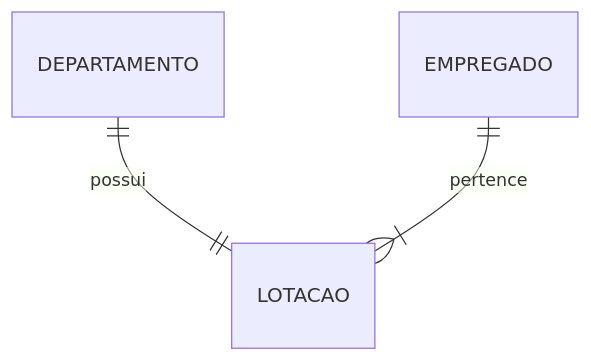
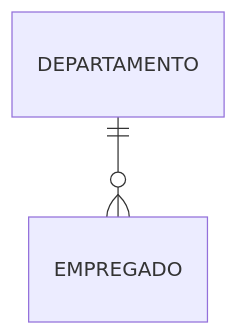
Before and after one commit to brunoruas2/ciencia_computacao: the first of 2 diagrams in docs/02-puc/03-segundo-periodo/06-modelagem-dados.md, drawn with Mermaid. The commit also changed other lines of this file and 3 other files, not shown here.

````diff
--- a/docs/02-puc/03-segundo-periodo/06-modelagem-dados.md
+++ b/docs/02-puc/03-segundo-periodo/06-modelagem-dados.md
@@ -201,7 +207,4 @@
 ```mermaid
 erDiagram
-    DEPARTAMENTO 
-    EMPREGADO 
-    DEPARTAMENTO 1--1 LOTACAO : possui
-    EMPREGADO 1--1+ LOTACAO : pertence
+    DEPARTAMENTO 1--0+ EMPREGADO : ""
 ```
````
